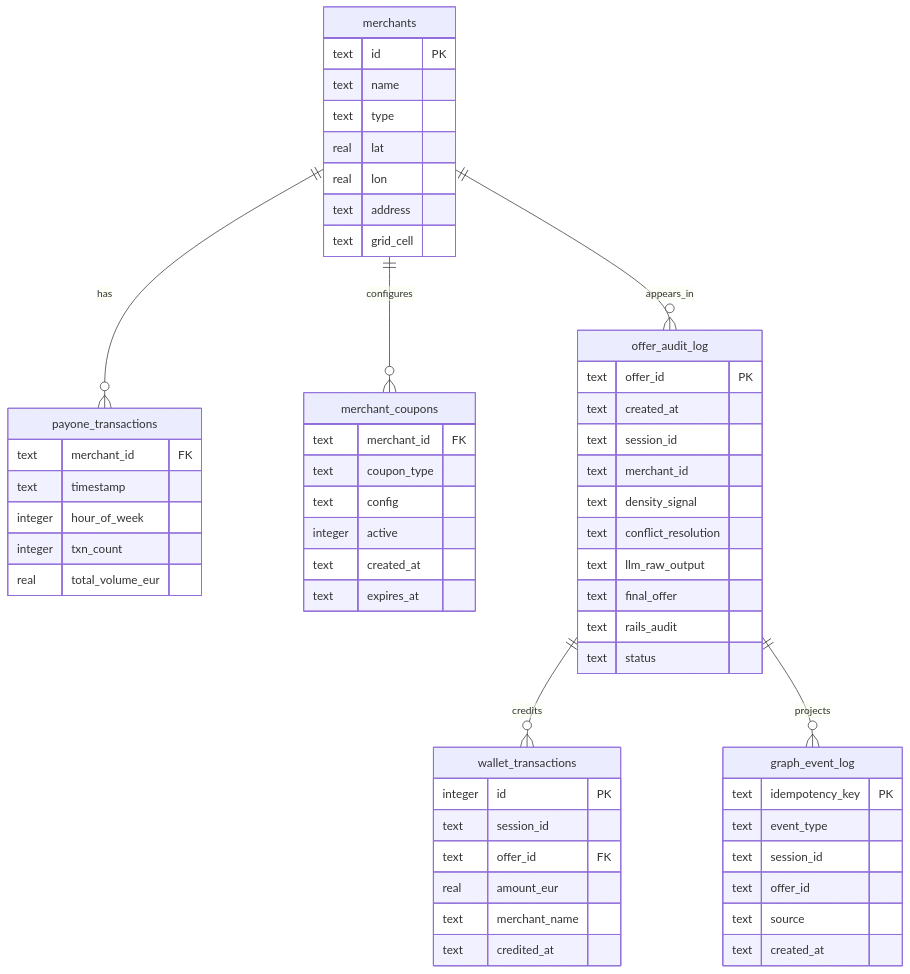
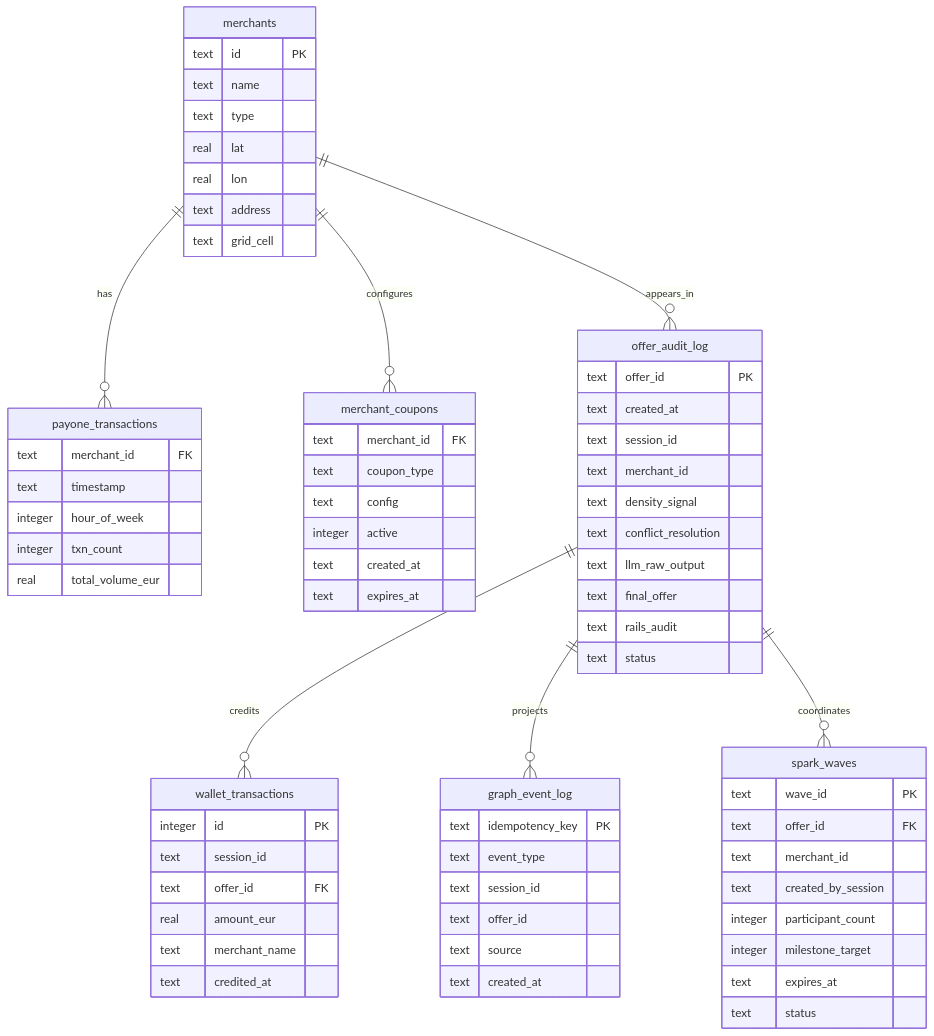
Before and after one commit to larsboes/Generative-City-Wallet: the second of 4 diagrams in docs/DATA-MODEL.md, drawn with Mermaid. The commit also changed other lines of this file and 149 other files, not shown here.

````diff
--- a/docs/DATA-MODEL.md
+++ b/docs/DATA-MODEL.md
@@ -180,66 +204,78 @@
 ```mermaid
 erDiagram
   merchants ||--o{ payone_transactions : has
   merchants ||--o{ merchant_coupons : configures
   merchants ||--o{ offer_audit_log : appears_in
   offer_audit_log ||--o{ wallet_transactions : credits
   offer_audit_log ||--o{ graph_event_log : projects
+  offer_audit_log ||--o{ spark_waves : coordinates
 
   merchants {
     text id PK
     text name
     text type
     real lat
     real lon
     text address
     text grid_cell
   }
 
   payone_transactions {
     text merchant_id FK
     text timestamp
     integer hour_of_week
     integer txn_count
     real total_volume_eur
   }
 
   merchant_coupons {
     text merchant_id FK
     text coupon_type
     text config
     integer active
     text created_at
     text expires_at
   }
 
   offer_audit_log {
     text offer_id PK
     text created_at
     text session_id
     text merchant_id
     text density_signal
     text conflict_resolution
     text llm_raw_output
     text final_offer
     text rails_audit
     text status
   }
 
   wallet_transactions {
     integer id PK
     text session_id
     text offer_id FK
     real amount_eur
     text merchant_name
     text credited_at
   }
 
   graph_event_log {
     text idempotency_key PK
     text event_type
     text session_id
     text offer_id
     text source
     text created_at
   }
+
+  spark_waves {
+    text wave_id PK
+    text offer_id FK
+    text merchant_id
+    text created_by_session
+    integer participant_count
+    integer milestone_target
+    text expires_at
+    text status
+  }
 ```
````
